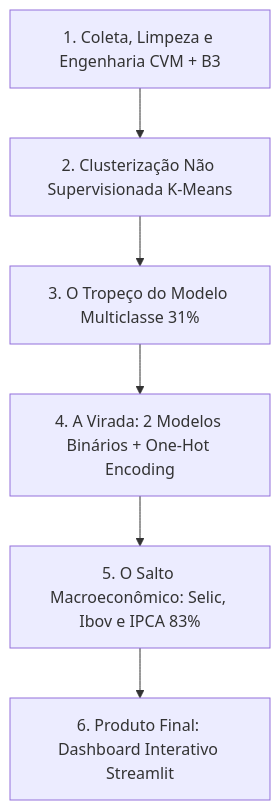
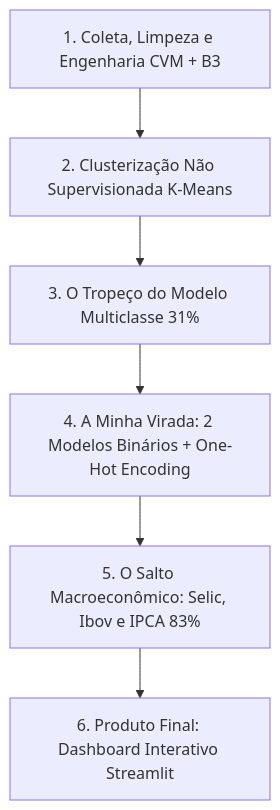
Before and after one commit to StylishGH/Empresas-B3-analise-de-dados: the diagram in README.md, drawn with Mermaid. The commit also changed other lines of this file, not shown here.

````diff
--- a/README.md
+++ b/README.md
@@ -33,8 +37,8 @@
 ```mermaid
 graph TD
     A[1. Coleta, Limpeza e Engenharia CVM + B3] --> B[2. Clusterização Não Supervisionada K-Means]
     B --> C[3. O Tropeço do Modelo Multiclasse 31%]
-    C --> D[4. A Virada: 2 Modelos Binários + One-Hot Encoding]
+    C --> D[4. A Minha Virada: 2 Modelos Binários + One-Hot Encoding]
     D --> E[5. O Salto Macroeconômico: Selic, Ibov e IPCA 83%]
     E --> F[6. Produto Final: Dashboard Interativo Streamlit]
 ```
````
